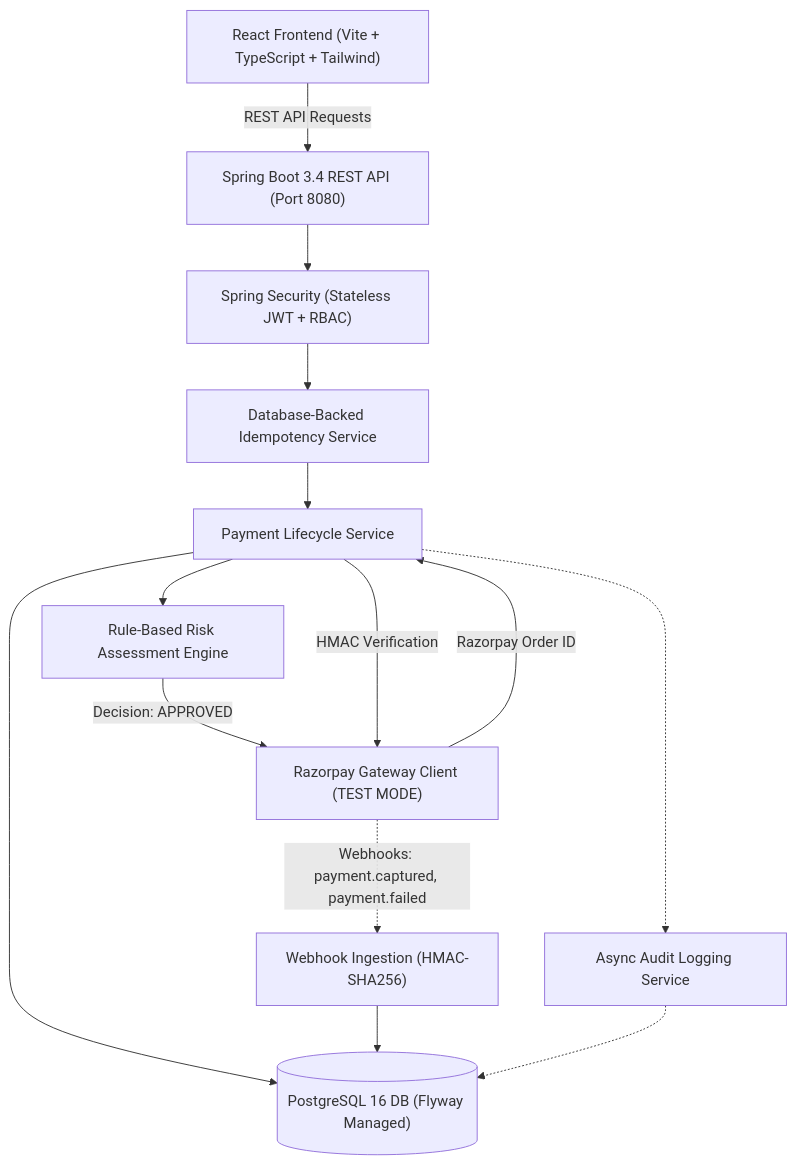
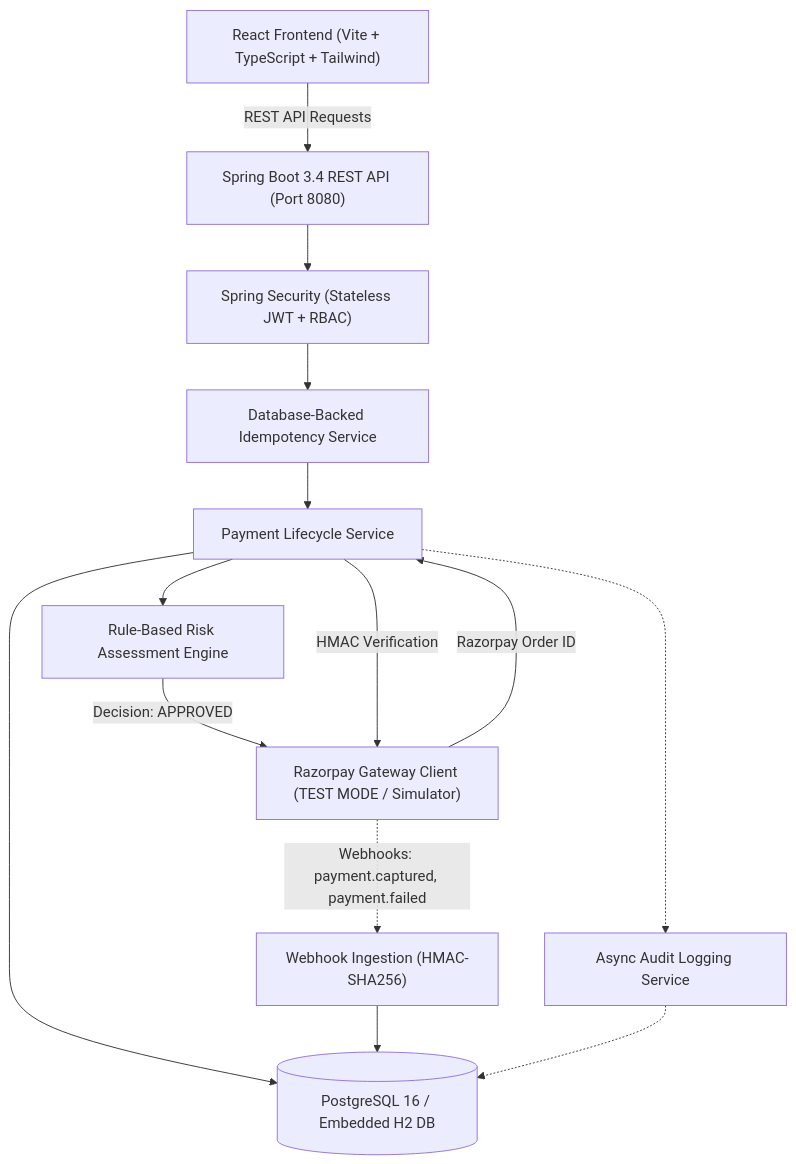
The first of 2 diagrams in README.md (CHERRY365206/PayShield), drawn with Mermaid before and after one commit. The commit also changed other lines of this file and 6 other files, not shown here.

````diff
--- a/README.md
+++ b/README.md
@@ -31,27 +79,27 @@
 ```mermaid
 graph TD
     Client["React Frontend (Vite + TypeScript + Tailwind)"]
     API["Spring Boot 3.4 REST API (Port 8080)"]
     Security["Spring Security (Stateless JWT + RBAC)"]
     Risk["Rule-Based Risk Assessment Engine"]
     Idempotency["Database-Backed Idempotency Service"]
     PaymentMgr["Payment Lifecycle Service"]
-    Gateway["Razorpay Gateway Client (TEST MODE)"]
+    Gateway["Razorpay Gateway Client (TEST MODE / Simulator)"]
     WebhookRecv["Webhook Ingestion (HMAC-SHA256)"]
     Audit["Async Audit Logging Service"]
-    DB[("PostgreSQL 16 DB (Flyway Managed)")]
+    DB[("PostgreSQL 16 / Embedded H2 DB")]
 
     Client -->|REST API Requests| API
     API --> Security
     Security --> Idempotency
     Idempotency --> PaymentMgr
     PaymentMgr --> Risk
     Risk -->|Decision: APPROVED| Gateway
     PaymentMgr --> DB
     Gateway -->|Razorpay Order ID| PaymentMgr
     PaymentMgr -->|HMAC Verification| Gateway
     Gateway -.->|Webhooks: payment.captured, payment.failed| WebhookRecv
     WebhookRecv --> DB
     PaymentMgr -.-> Audit
     Audit -.-> DB
 ```
````
